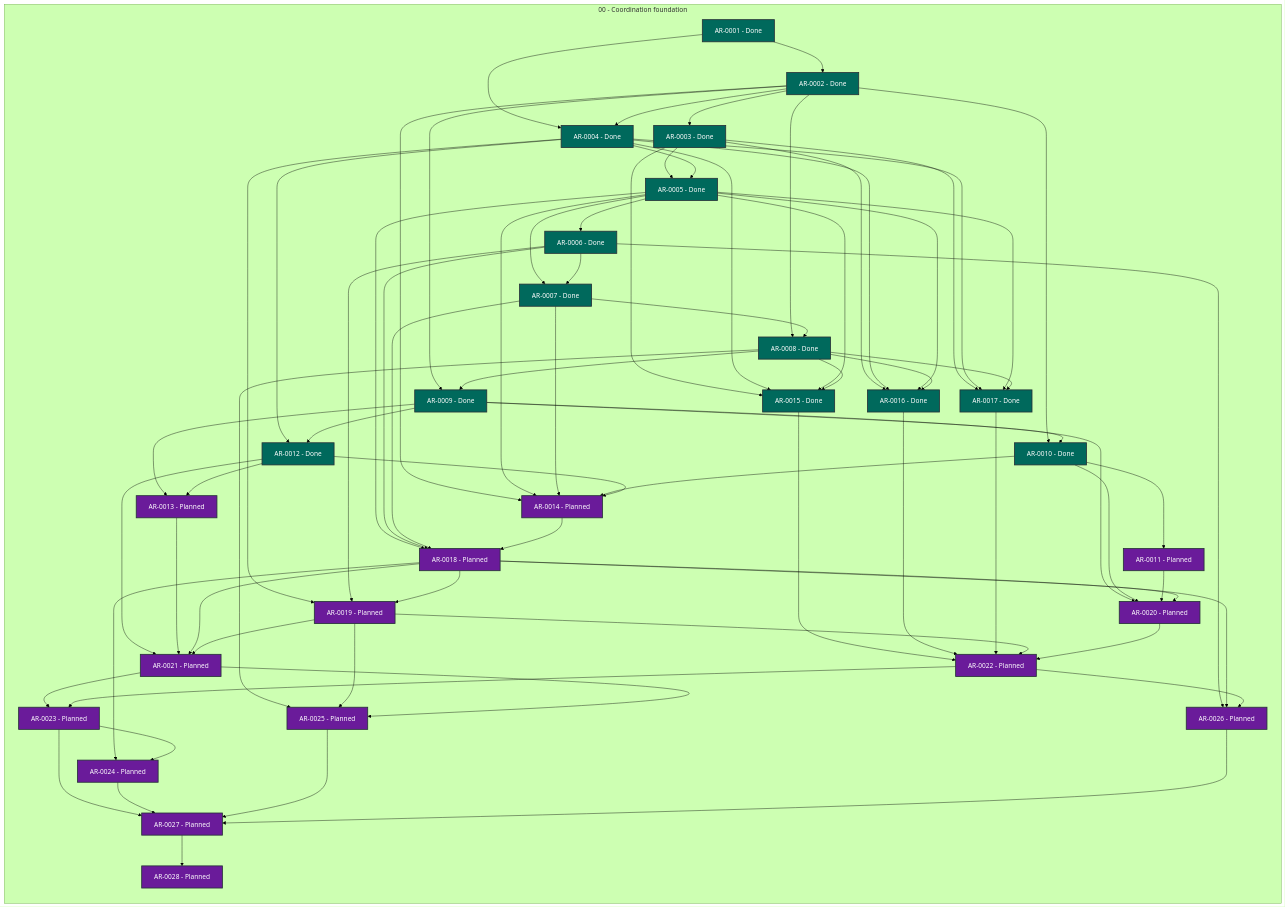
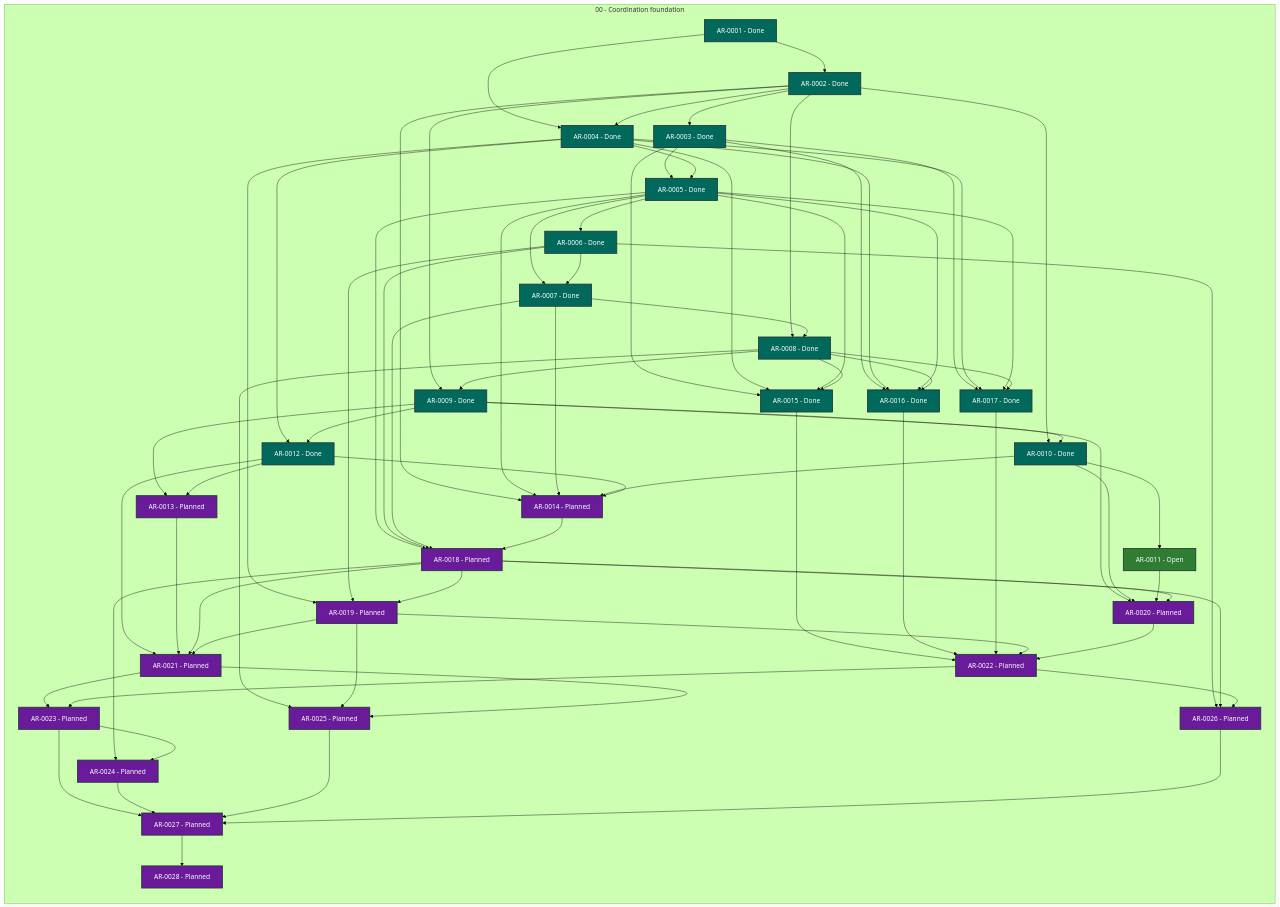
Before and after one commit to martin-beck/agent-workflow-runtime-state: the diagram in STATUS.md, drawn with Mermaid (forest theme). The commit also changed other lines of this file and 2 other files, not shown here.

```diff
--- a/STATUS.md
+++ b/STATUS.md
@@ -38,7 +38,7 @@
         AR_0008["AR-0008 - Done"]:::status_done
         AR_0009["AR-0009 - Done"]:::status_done
         AR_0010["AR-0010 - Done"]:::status_done
-        AR_0011["AR-0011 - Planned"]:::status_planned
+        AR_0011["AR-0011 - Open"]:::status_open
         AR_0012["AR-0012 - Done"]:::status_done
         AR_0013["AR-0013 - Planned"]:::status_planned
         AR_0014["AR-0014 - Planned"]:::status_planned
```
